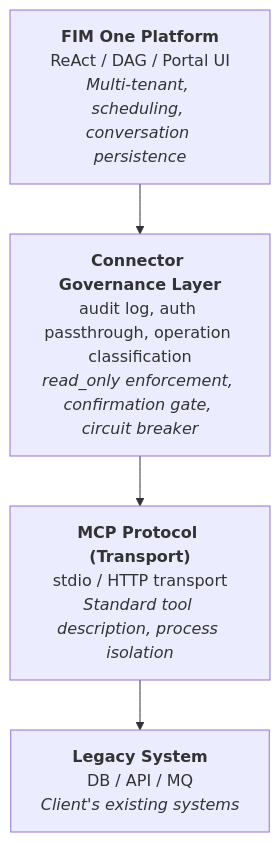
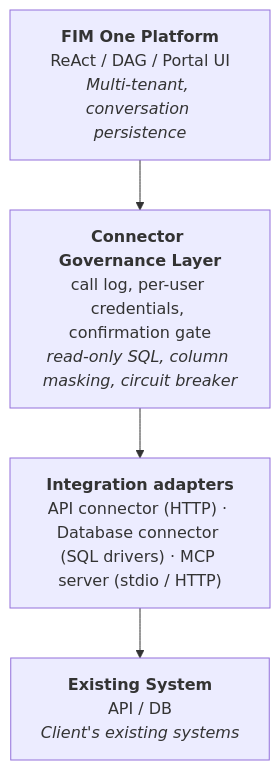
The second of 5 diagrams in docs/architecture/connector-architecture.mdx (fim-ai/fim-one), drawn with Mermaid before and after one commit. The commit also changed other lines of this file and 12 other files, not shown here.

````diff
--- a/docs/architecture/connector-architecture.mdx
+++ b/docs/architecture/connector-architecture.mdx
@@ -44,9 +44,9 @@
 ```mermaid
 flowchart TB
-    A["<b>FIM One Platform</b><br/>ReAct / DAG / Portal UI<br/><i>Multi-tenant, scheduling, conversation persistence</i>"]
-    B["<b>Connector Governance Layer</b><br/>audit log, auth passthrough, operation classification<br/><i>read_only enforcement, confirmation gate, circuit breaker</i>"]
-    C["<b>MCP Protocol (Transport)</b><br/>stdio / HTTP transport<br/><i>Standard tool description, process isolation</i>"]
-    D["<b>Legacy System</b><br/>DB / API / MQ<br/><i>Client's existing systems</i>"]
+    A["<b>FIM One Platform</b><br/>ReAct / DAG / Portal UI<br/><i>Multi-tenant, conversation persistence</i>"]
+    B["<b>Connector Governance Layer</b><br/>call log, per-user credentials, confirmation gate<br/><i>read-only SQL, column masking, circuit breaker</i>"]
+    C["<b>Integration adapters</b><br/>API connector (HTTP) · Database connector (SQL drivers) · MCP server (stdio / HTTP)"]
+    D["<b>Existing System</b><br/>API / DB<br/><i>Client's existing systems</i>"]
 
     A --> B --> C --> D
 ```
````
